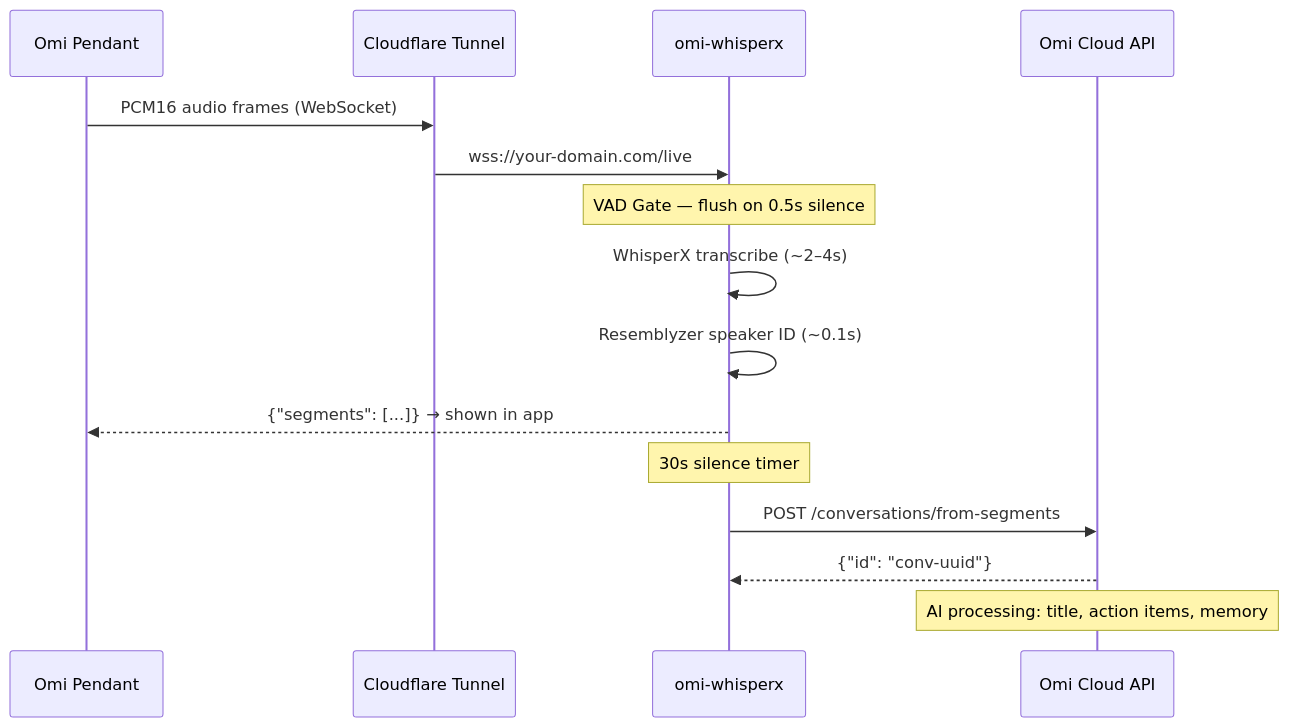
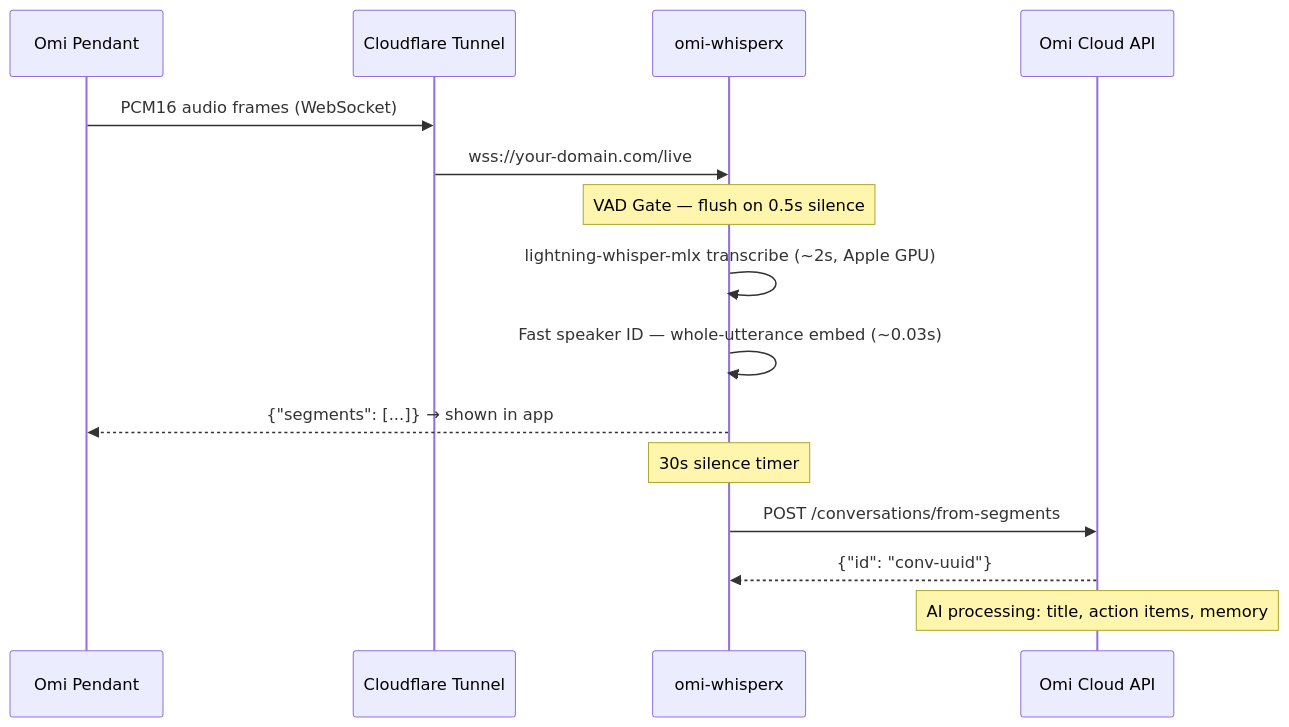
One commit to Rahulsharma0810/omi-whisperx changed the first of 3 diagrams in README.md. Above: the diagram before and after it, drawn with Mermaid. The commit also changed other lines of this file and 2 other files, not shown here.

First line of the commit message:
perf(live): fast whole-utterance speaker ID + language pinning

````diff
--- a/README.md
+++ b/README.md
@@ -39,18 +39,18 @@
 ```mermaid
 sequenceDiagram
     participant P as Omi Pendant
     participant CF as Cloudflare Tunnel
     participant S as omi-whisperx
     participant O as Omi Cloud API
 
     P->>CF: PCM16 audio frames (WebSocket)
     CF->>S: wss://your-domain.com/live
     Note over S: VAD Gate — flush on 0.5s silence
-    S->>S: WhisperX transcribe (~2–4s)
-    S->>S: Resemblyzer speaker ID (~0.1s)
+    S->>S: lightning-whisper-mlx transcribe (~2s, Apple GPU)
+    S->>S: Fast speaker ID — whole-utterance embed (~0.03s)
     S-->>P: {"segments": [...]} → shown in app
     Note over S: 30s silence timer
     S->>O: POST /conversations/from-segments
     O-->>S: {"id": "conv-uuid"}
     Note over O: AI processing: title, action items, memory
 ```
````
